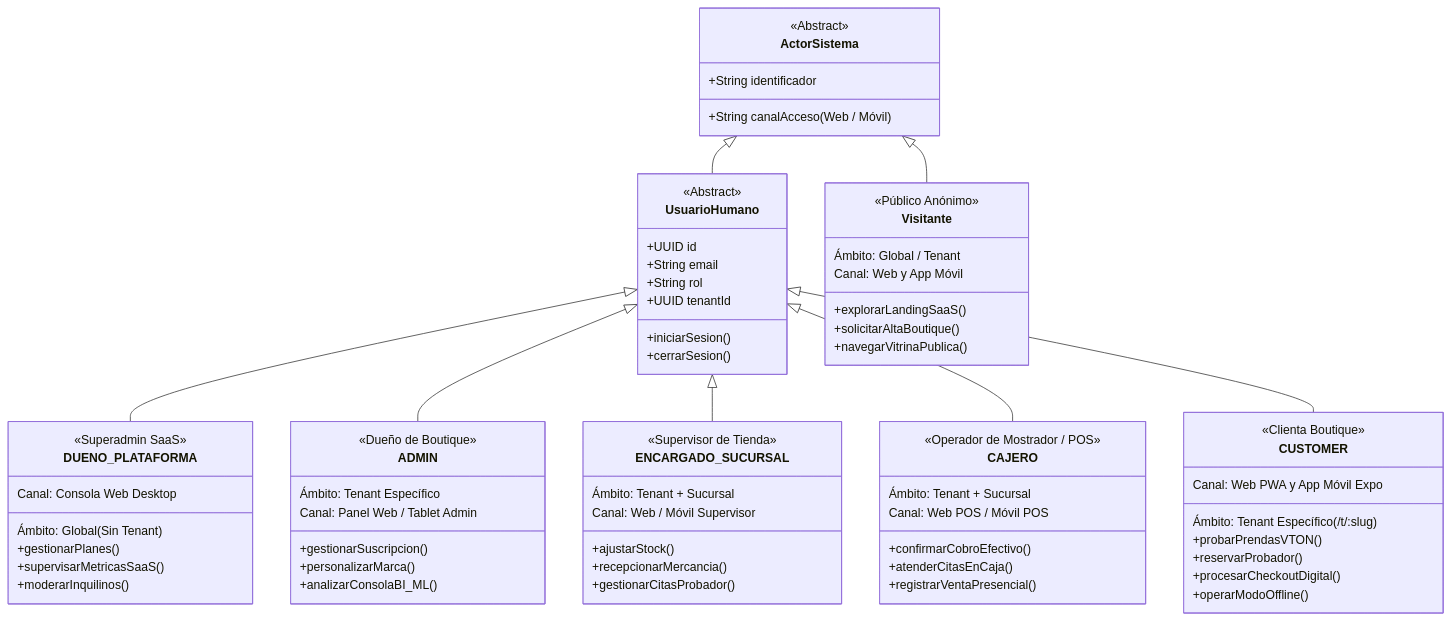
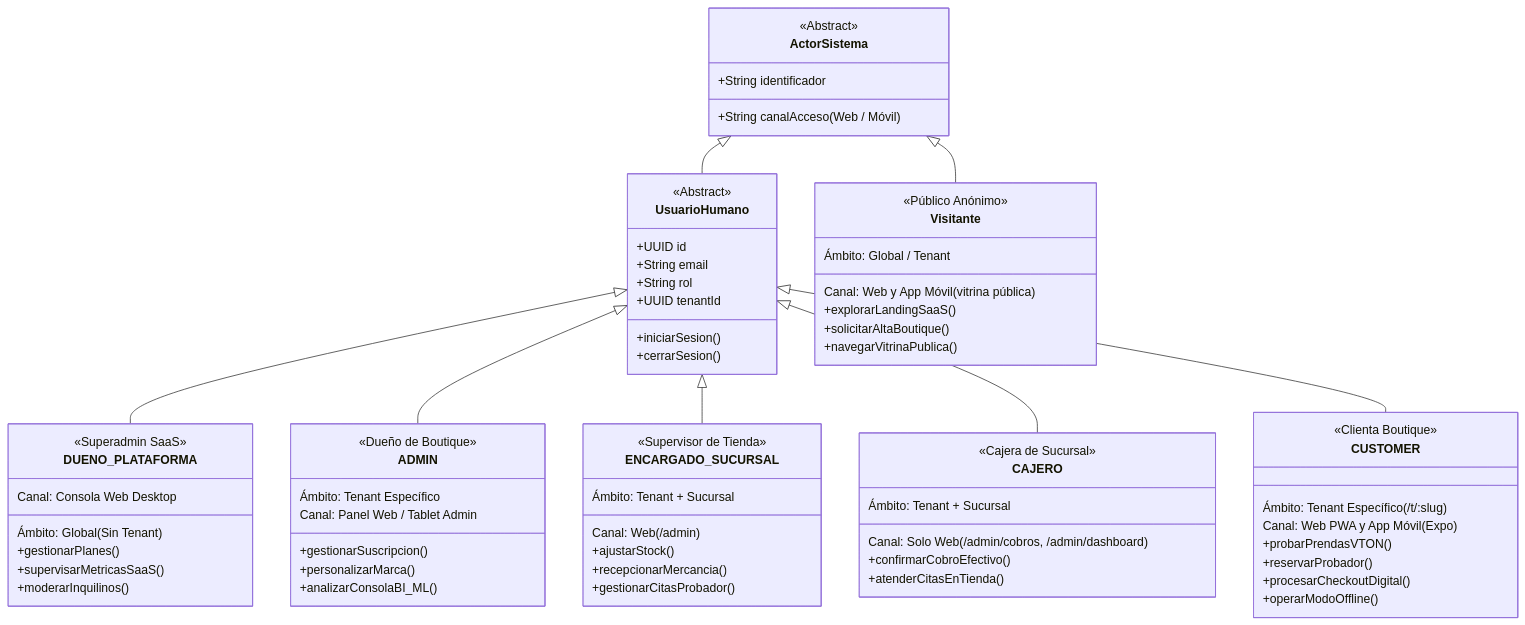
Before and after one commit to mopy1/MirrorIA: the diagram in docs/parcial2/01_Actores_del_Sistema.md, drawn with Mermaid. The commit also changed other lines of this file and 10 other files, not shown here.

First line of the commit message:
docs(parcial2): sin POS, app móvil solo clientas y conflicto stock=1 entre dos clientas

```diff
--- a/docs/parcial2/01_Actores_del_Sistema.md
+++ b/docs/parcial2/01_Actores_del_Sistema.md
@@ -61,25 +61,24 @@
     class ENCARGADO_SUCURSAL {
         <<Supervisor de Tienda>>
         Ámbito: Tenant + Sucursal
-        Canal: Web / Móvil Supervisor
+        Canal: Web (/admin)
         +ajustarStock()
         +recepcionarMercancia()
         +gestionarCitasProbador()
     }
 
     class CAJERO {
-        <<Operador de Mostrador / POS>>
+        <<Cajera de Sucursal>>
         Ámbito: Tenant + Sucursal
-        Canal: Web POS / Móvil POS
+        Canal: Solo Web (/admin/cobros, /admin/dashboard)
         +confirmarCobroEfectivo()
-        +atenderCitasEnCaja()
-        +registrarVentaPresencial()
+        +atenderCitasEnTienda()
     }
 
     class CUSTOMER {
         <<Clienta Boutique>>
         Ámbito: Tenant Específico (/t/:slug)
-        Canal: Web PWA y App Móvil Expo
+        Canal: Web PWA y App Móvil (Expo)
         +probarPrendasVTON()
         +reservarProbador()
         +procesarCheckoutDigital()
@@ -89,7 +88,7 @@
     class Visitante {
         <<Público Anónimo>>
         Ámbito: Global / Tenant
-        Canal: Web y App Móvil
+        Canal: Web y App Móvil (vitrina pública)
         +explorarLandingSaaS()
         +solicitarAltaBoutique()
         +navegarVitrinaPublica()
```
